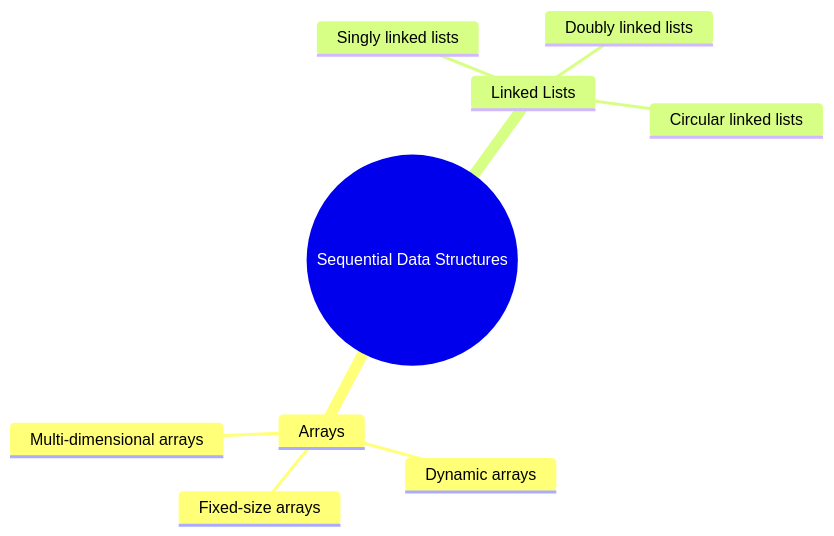
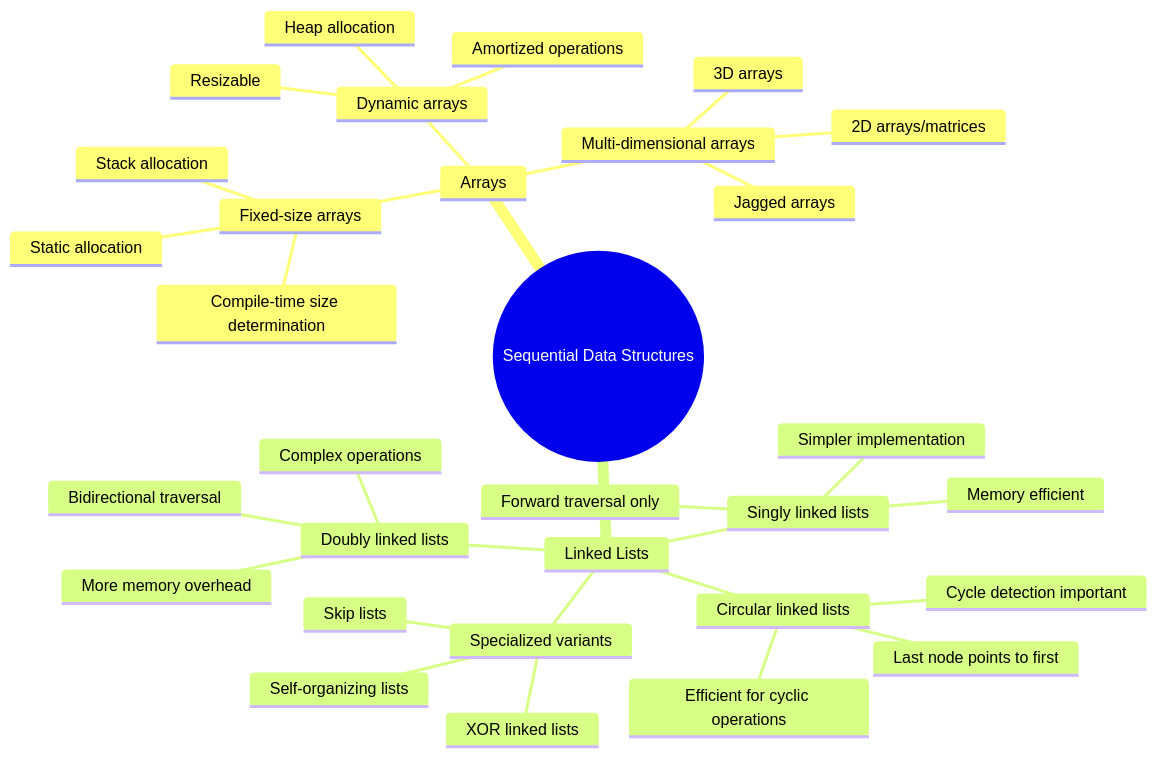
One commit to kivi98/study-buddy changed the second of 13 diagrams in docs/data-structures-and-algorithms/arrays-and-linked-lists.md. Above: the diagram before and after it, drawn with Mermaid. The commit also changed other lines of this file and 33 other files, not shown here.

````diff
--- a/docs/data-structures-and-algorithms/arrays-and-linked-lists.md
+++ b/docs/data-structures-and-algorithms/arrays-and-linked-lists.md
@@ -11,12 +46,34 @@
 ```mermaid
 mindmap
     root((Sequential Data Structures))
         Arrays
             Fixed-size arrays
+                Static allocation
+                Compile-time size determination
+                Stack allocation
             Dynamic arrays
+                Resizable
+                Amortized operations
+                Heap allocation
             Multi-dimensional arrays
+                2D arrays/matrices
+                3D arrays
+                Jagged arrays
         Linked Lists
             Singly linked lists
+                Forward traversal only
+                Memory efficient
+                Simpler implementation
             Doubly linked lists
+                Bidirectional traversal
+                More memory overhead
+                Complex operations
             Circular linked lists
+                Last node points to first
+                Cycle detection important
+                Efficient for cyclic operations
+            Specialized variants
+                XOR linked lists
+                Skip lists
+                Self-organizing lists
 ```
````
